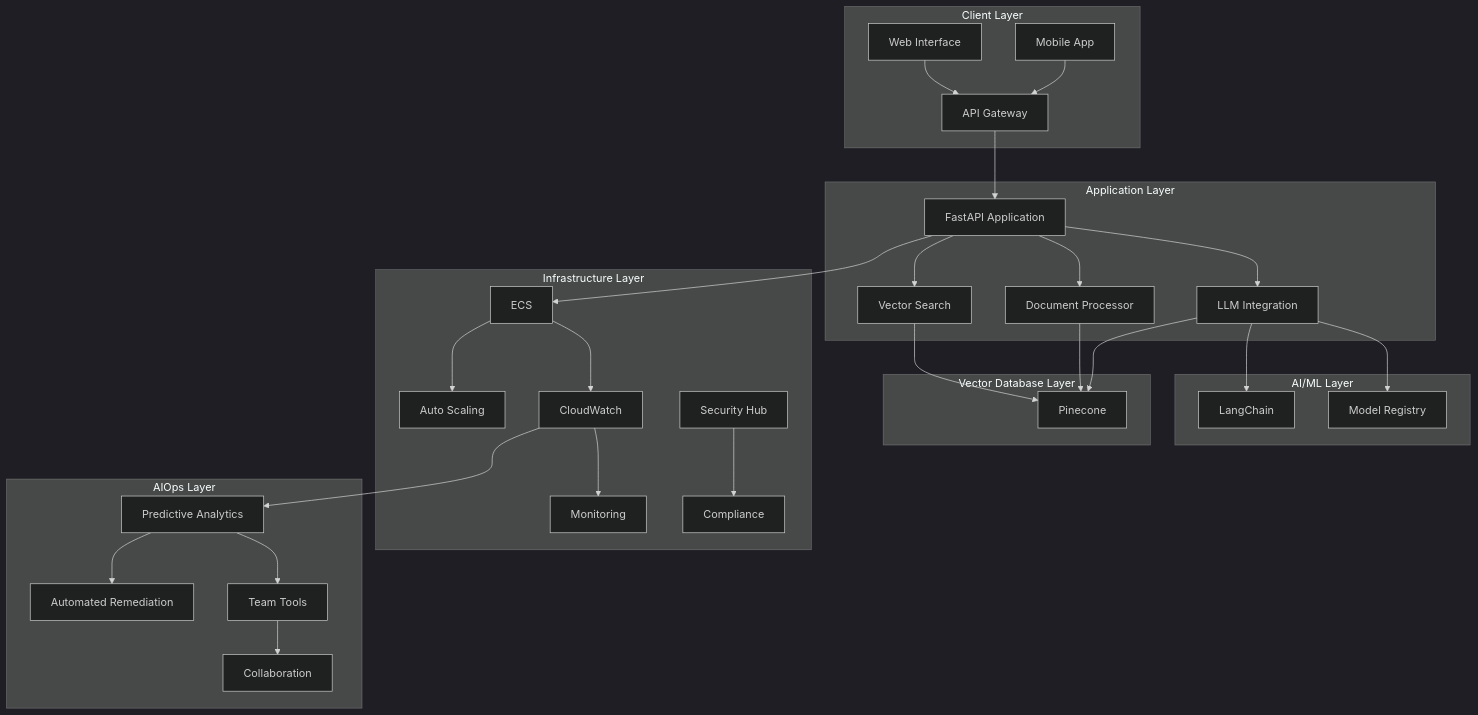
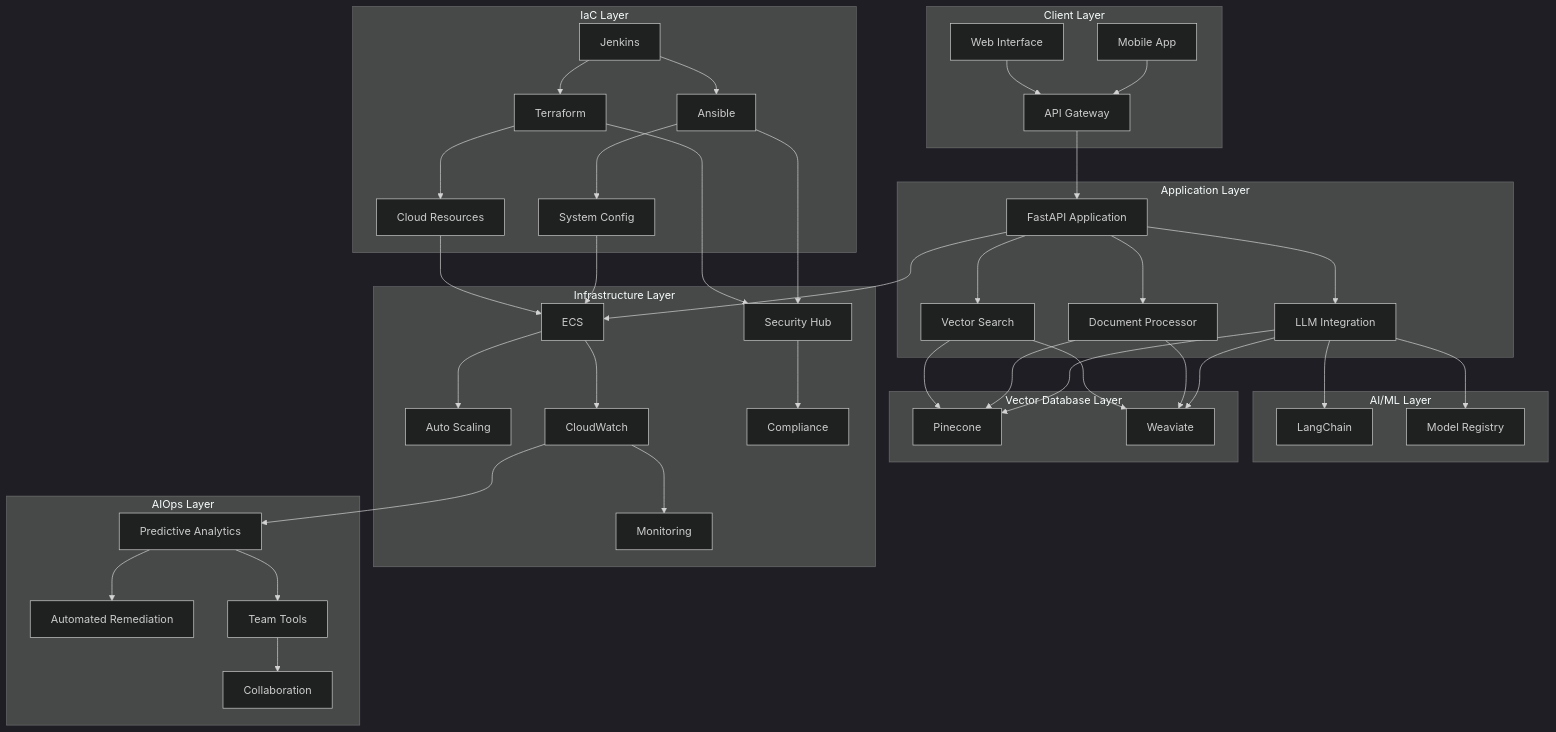
Before and after one commit to Jencheng1/DocuVector: the first of 27 diagrams in README.md, drawn with Mermaid (dark theme). The commit also changed other lines of this file, not shown here.

````diff
--- a/README.md
+++ b/README.md
@@ -26,41 +26,55 @@
 ```mermaid
 graph TD
     subgraph "Client Layer"
         A[Web Interface] --> B[API Gateway]
         C[Mobile App] --> B
     end
 
     subgraph "Application Layer"
         B --> D[FastAPI Application]
         D --> E[Document Processor]
         D --> F[LLM Integration]
         D --> G[Vector Search]
     end
 
     subgraph "AI/ML Layer"
         F --> H[LangChain]
         F --> I[Model Registry]
     end
 
     subgraph "Vector Database Layer"
         G --> J[Pinecone]
+        G --> K[Weaviate]
     end
 
     subgraph "Infrastructure Layer"
-        K[ECS] --> L[Auto Scaling]
-        M[CloudWatch] --> N[Monitoring]
-        O[Security Hub] --> P[Compliance]
+        L[ECS] --> M[Auto Scaling]
+        N[CloudWatch] --> O[Monitoring]
+        P[Security Hub] --> Q[Compliance]
     end
 
     subgraph "AIOps Layer"
-        Q[Predictive Analytics] --> R[Automated Remediation]
-        S[Team Tools] --> T[Collaboration]
+        R[Predictive Analytics] --> S[Automated Remediation]
+        T[Team Tools] --> U[Collaboration]
+    end
+
+    subgraph "IaC Layer"
+        V[Jenkins] --> W[Terraform]
+        V --> X[Ansible]
+        W --> Y[Cloud Resources]
+        X --> Z[System Config]
+        Y --> L
+        Z --> L
     end
 
     E --> J
+    E --> K
     F --> J
-    D --> K
-    K --> M
-    M --> Q
-    Q --> S
+    F --> K
+    D --> L
+    L --> N
+    N --> R
+    R --> T
+    W --> P
+    X --> P
 ```
````
